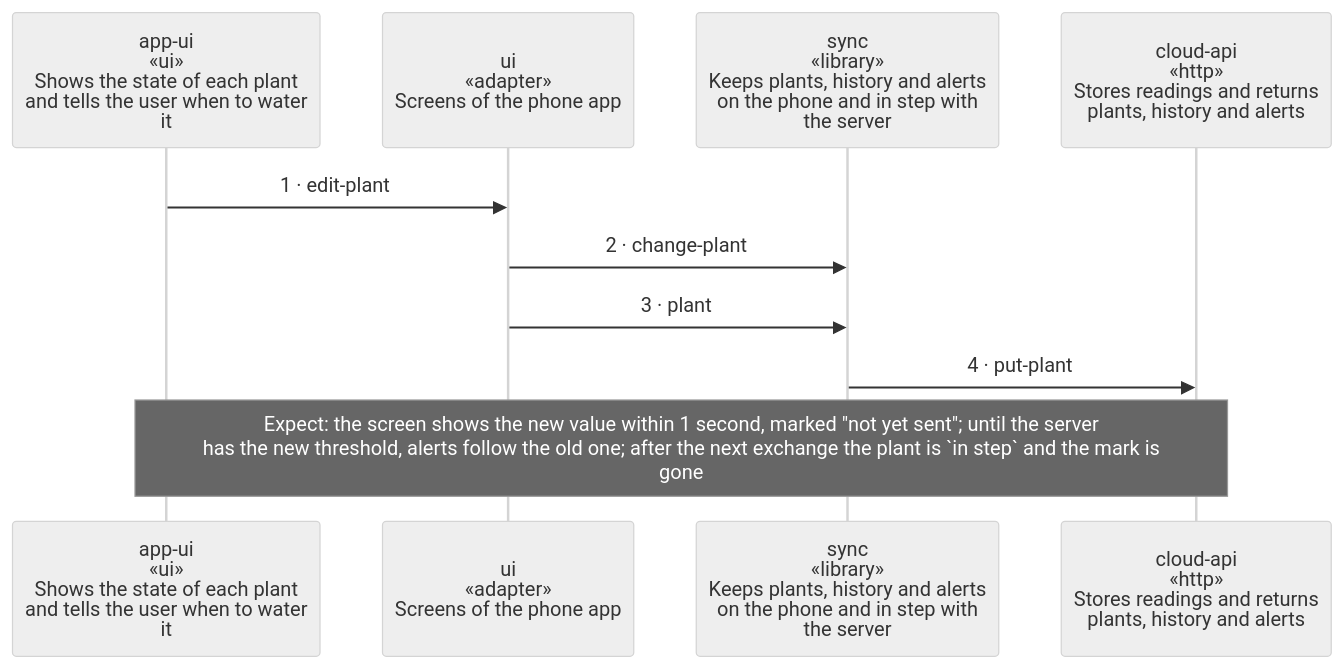
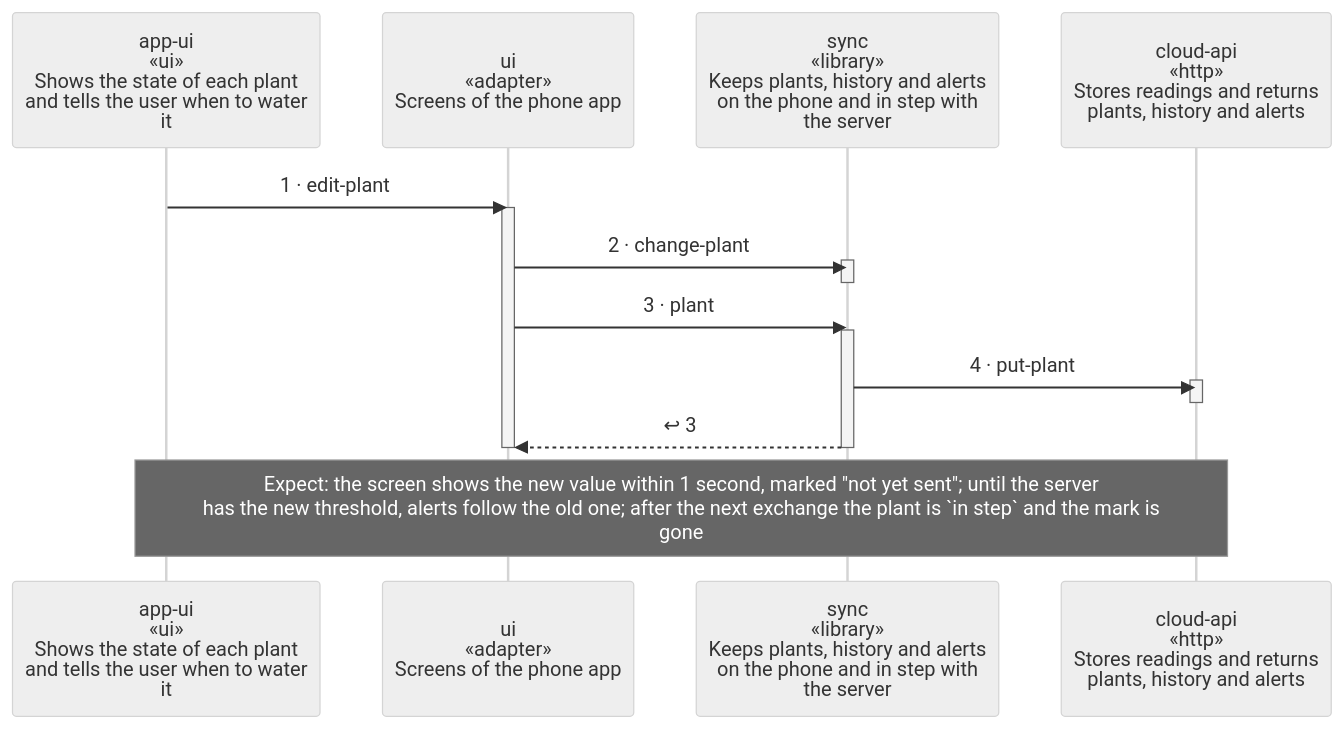
One commit to wackazong/unifold changed the diagram in examples/plantwatch/mobile/docs/diagrams/scenario-change-a-threshold-offline.md. Above: the diagram before and after it, drawn with Mermaid (neutral theme). The commit also changed other lines of this file and 25 other files, not shown here.

````diff
--- a/examples/plantwatch/mobile/docs/diagrams/scenario-change-a-threshold-offline.md
+++ b/examples/plantwatch/mobile/docs/diagrams/scenario-change-a-threshold-offline.md
@@ -12,17 +12,26 @@
 ```mermaid
 ---
 config:
   sequence:
     height: 108
 ---
 sequenceDiagram
   participant papp_dui as app-ui<br/>«ui»<br/>Shows the state of each plant<br/>and tells the user when to water<br/>it
   participant pui as ui<br/>«adapter»<br/>Screens of the phone app
   participant psync as sync<br/>«library»<br/>Keeps plants, history and alerts<br/>on the phone and in step with<br/>the server
   participant pcloud_dapi as cloud-api<br/>«http»<br/>Stores readings and returns<br/>plants, history and alerts
   papp_dui->>pui: 1 · edit-plant
+  activate pui
   pui->>psync: 2 · change-plant
+  activate psync
+  deactivate psync
   pui->>psync: 3 · plant
+  activate psync
   psync->>pcloud_dapi: 4 · put-plant
+  activate pcloud_dapi
+  deactivate pcloud_dapi
+  psync-->>pui: ↩ 3
+  deactivate psync
+  deactivate pui
   Note over papp_dui,pcloud_dapi: wrap: Expect: the screen shows the new value within 1 second, marked #quot;not yet sent#quot;#59; until the server has the new threshold, alerts follow the old one#59; after the next exchange the plant is `in step` and the mark is gone
 ```
````
